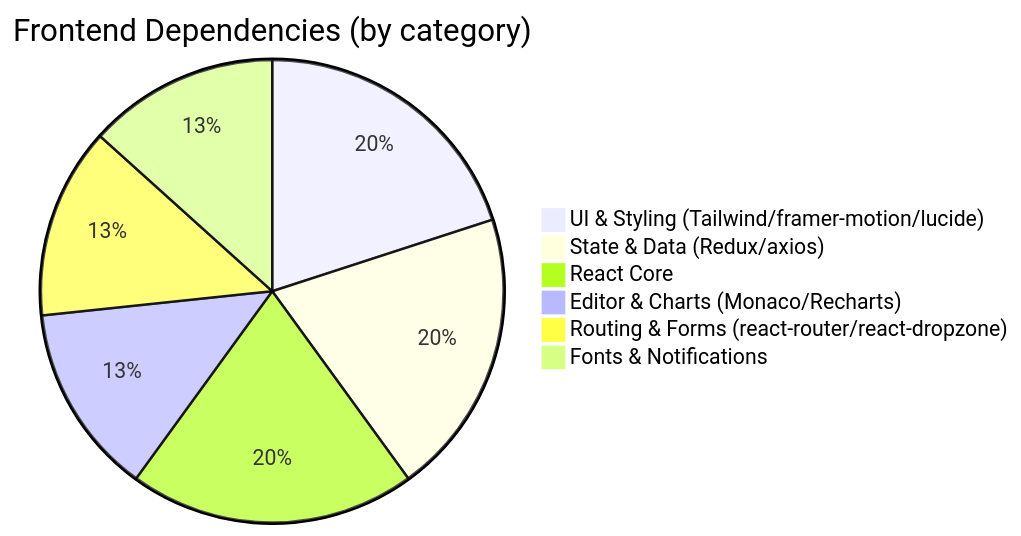
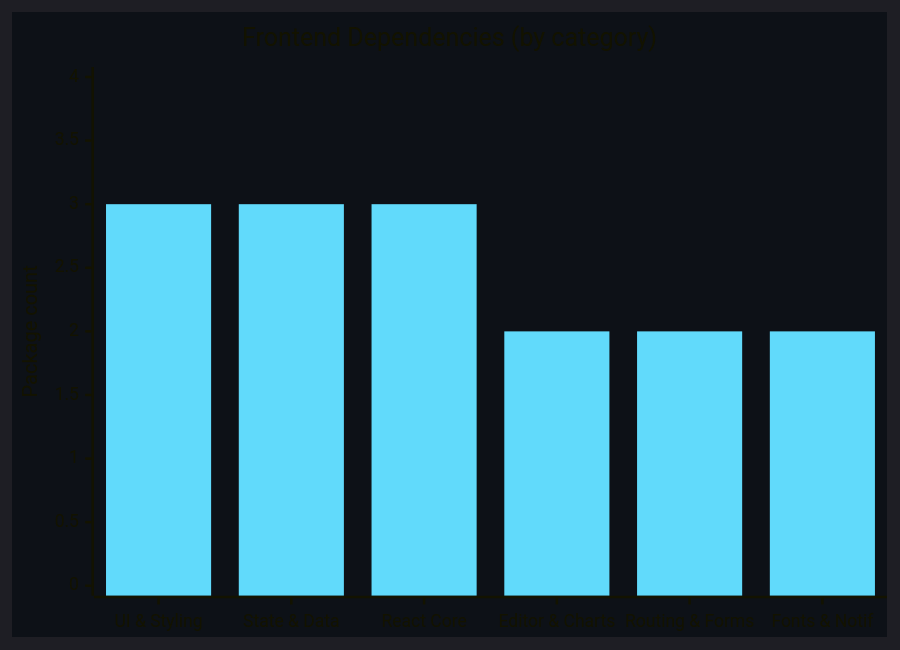
Before and after one commit to boxbiswas/AI_CODE_REVIEW_ASSISTANT: the sixth of 6 diagrams in README.md, drawn with Mermaid. The commit also changed other lines of this file, not shown here.

Commit message:
fix: resolve mermaid parse errors and replace pie charts with xychart-beta bar charts

````diff
--- a/README.md
+++ b/README.md
@@ -237,9 +237,8 @@
 ```mermaid
-pie title Frontend Dependencies (by category)
-  "UI & Styling (Tailwind/framer-motion/lucide)" : 3
-  "State & Data (Redux/axios)" : 3
-  "React Core" : 3
-  "Editor & Charts (Monaco/Recharts)" : 2
-  "Routing & Forms (react-router/react-dropzone)" : 2
-  "Fonts & Notifications" : 2
+%%{init: {'theme': 'dark', 'themeVariables': {'xyChart': {'backgroundColor': '#0d1117', 'plotColorPalette': '#61DAFB,#38bdf8,#34d399,#a3e635,#fb923c,#c084fc'}}}}%%
+xychart-beta
+    title "Frontend Dependencies (by category)"
+    x-axis ["UI & Styling", "State & Data", "React Core", "Editor & Charts", "Routing & Forms", "Fonts & Notif"]
+    y-axis "Package count" 0 --> 4
+    bar [3, 3, 3, 2, 2, 2]
 ```
````
